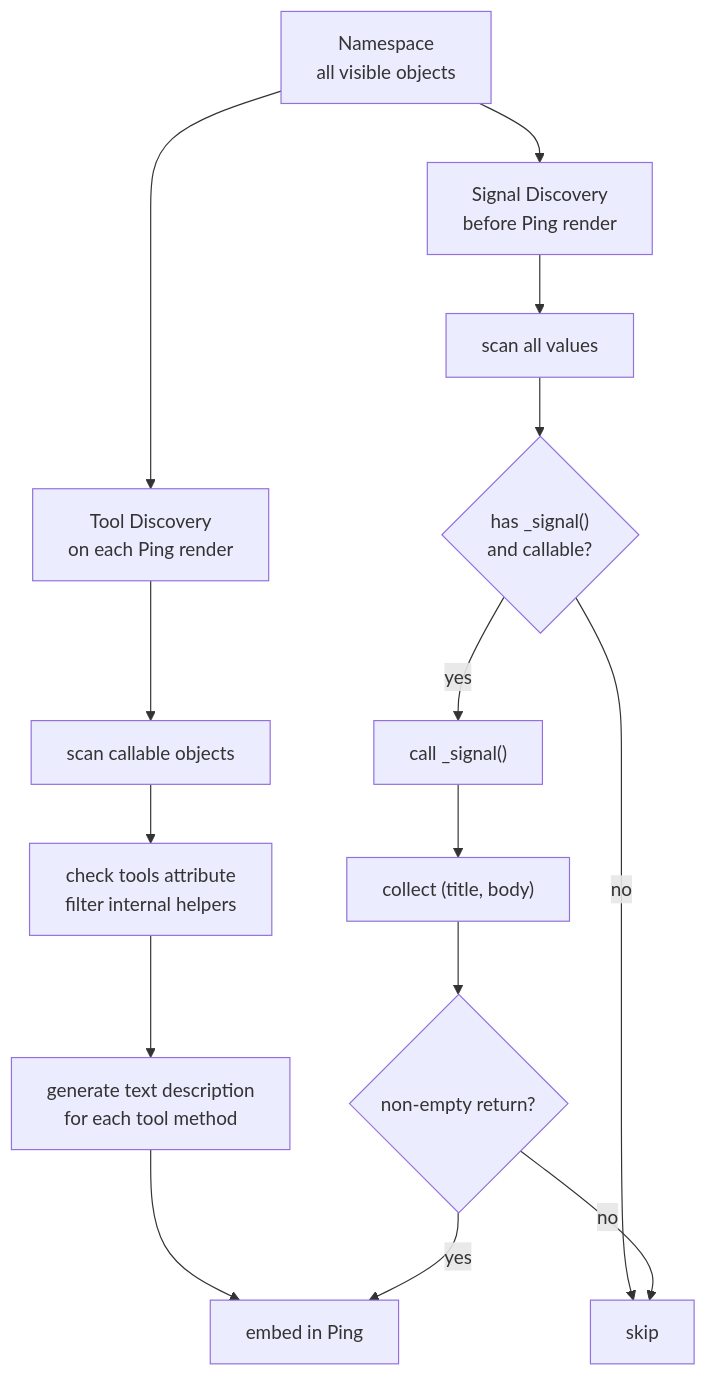
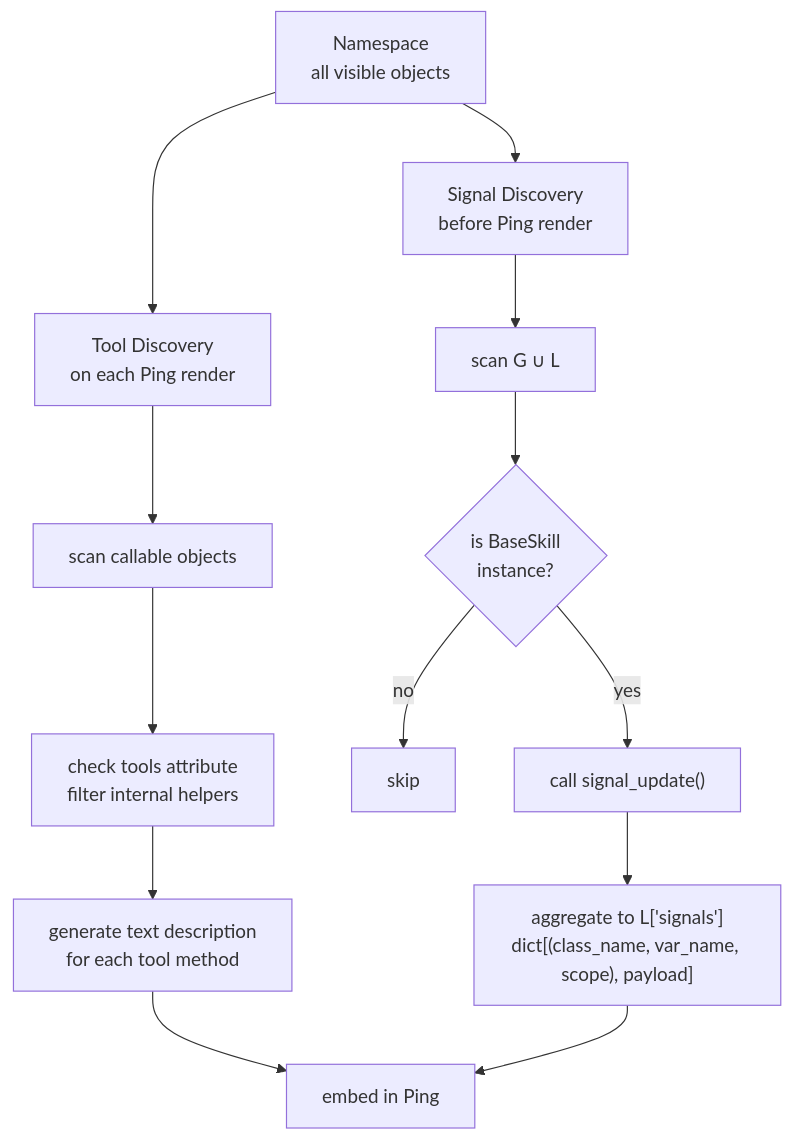
Before and after one commit to vessal-ai/vessal: the fifth of 6 diagrams in references/whitepaper/03-skills.md, drawn with Mermaid. The commit also changed other lines of this file and 10 other files, not shown here.

````diff
--- a/references/whitepaper/03-skills.md
+++ b/references/whitepaper/03-skills.md
@@ -128,21 +128,19 @@
 ```mermaid
 flowchart TB
     NS["Namespace\nall visible objects"]
 
     NS --> TD["Tool Discovery\non each Ping render"]
     NS --> SD["Signal Discovery\nbefore Ping render"]
 
     TD --> TD1["scan callable objects"]
     TD1 --> TD2["check tools attribute\nfilter internal helpers"]
     TD2 --> TD3["generate text description\nfor each tool method"]
     TD3 --> PING["embed in Ping"]
 
-    SD --> SD1["scan all values"]
-    SD1 --> SD2{"has _signal()\nand callable?"}
+    SD --> SD1["scan G ∪ L"]
+    SD1 --> SD2{"is BaseSkill\ninstance?"}
     SD2 -->|no| SD3["skip"]
-    SD2 -->|yes| SD4["call _signal()"]
-    SD4 --> SD5["collect (title, body)"]
-    SD5 --> SD6{"non-empty return?"}
-    SD6 -->|no| SD3
-    SD6 -->|yes| PING
+    SD2 -->|yes| SD4["call signal_update()"]
+    SD4 --> SD5["aggregate to L['signals']\ndict[(class_name, var_name, scope), payload]"]
+    SD5 --> PING
 ```
````
